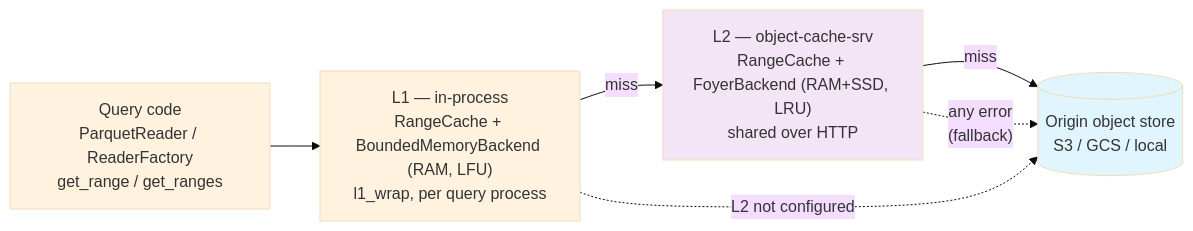
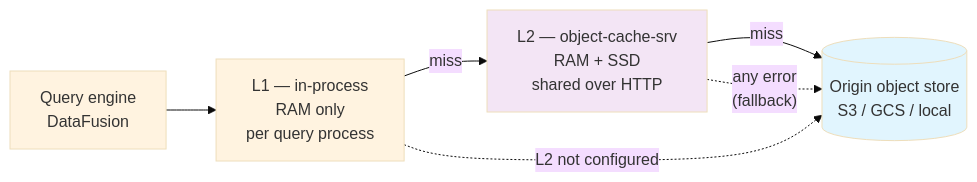
The diagram in mkdocs/docs/architecture/caching.md (madesroches/micromegas), drawn with Mermaid (base theme) before and after one commit. The commit also changed other lines of this file, not shown here.

````diff
--- a/mkdocs/docs/architecture/caching.md
+++ b/mkdocs/docs/architecture/caching.md
@@ -20,20 +20,20 @@
 ```mermaid
 flowchart LR
-    Q[Query code<br/>ParquetReader / ReaderFactory<br/>get_range / get_ranges]
-    L1["L1 — in-process<br/>RangeCache + BoundedMemoryBackend (RAM, LFU)<br/>l1_wrap, per query process"]
-    L2["L2 — object-cache-srv<br/>RangeCache + FoyerBackend (RAM+SSD, LRU)<br/>shared over HTTP"]
+    Q[Query engine<br/>DataFusion]
+    L1["L1 — in-process<br/>RAM only<br/>per query process"]
+    L2["L2 — object-cache-srv<br/>RAM + SSD<br/>shared over HTTP"]
     Origin[("Origin object store<br/>S3 / GCS / local")]
 
     Q --> L1
     L1 -->|miss| L2
     L2 -->|miss| Origin
     L1 -.->|"L2 not configured"| Origin
     L2 -.->|"any error<br/>(fallback)"| Origin
 
     classDef proc fill:#fff3e0
     classDef svc fill:#f3e5f5
     classDef store fill:#e1f5fe
     class Q,L1 proc
     class L2 svc
     class Origin store
 ```
````
